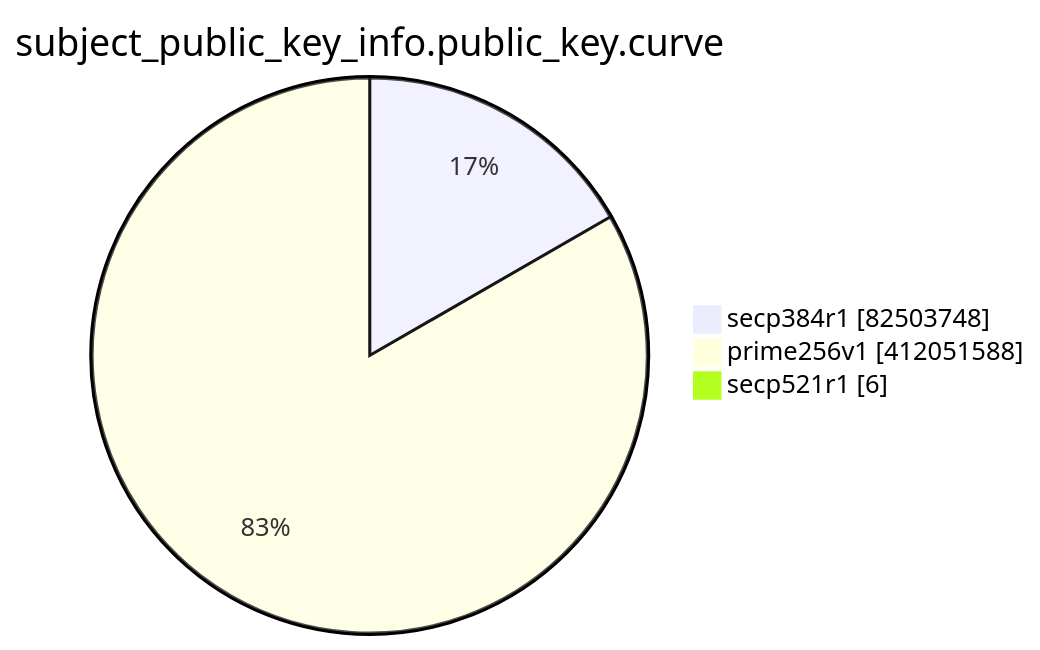
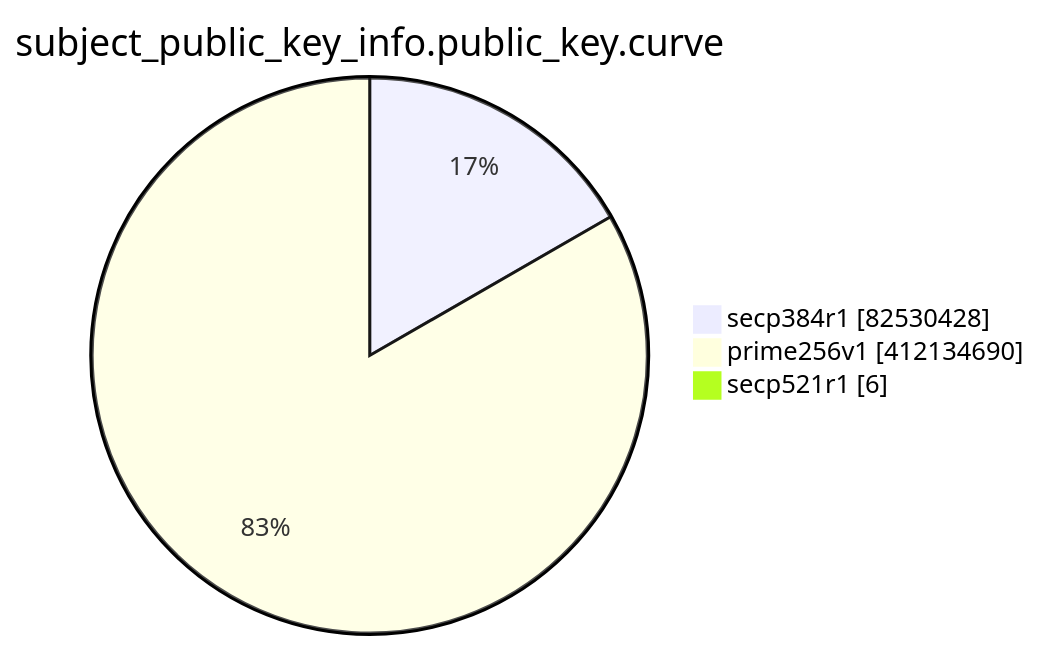
The eighth of 15 diagrams in TOTAL/README.md (christiankrug/ctmonitor_visualization), drawn with Mermaid before and after one commit. The commit also changed other lines of this file, not shown here.

````diff
--- a/TOTAL/README.md
+++ b/TOTAL/README.md
@@ -3097,7 +3097,7 @@
 ```mermaid
 pie showData
 title subject_public_key_info.public_key.curve
-"secp384r1" :82503748
-"prime256v1" :412051588
+"secp384r1" :82530428
+"prime256v1" :412134690
 "secp521r1" :6
 ```
````
